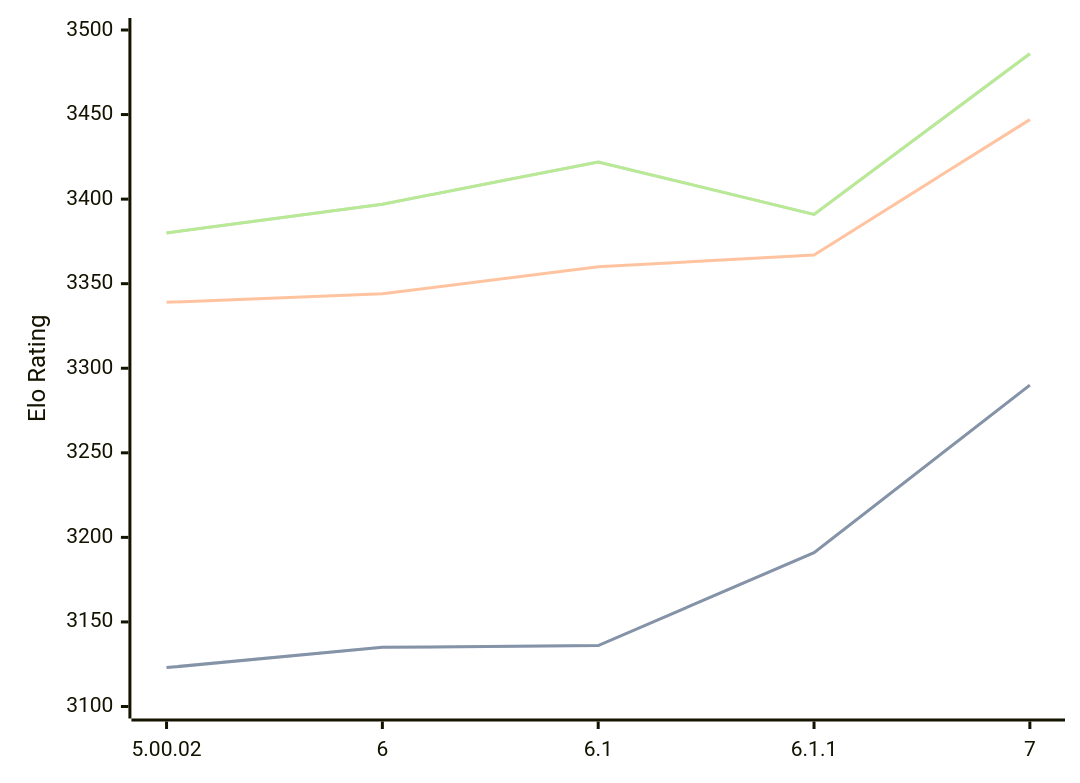
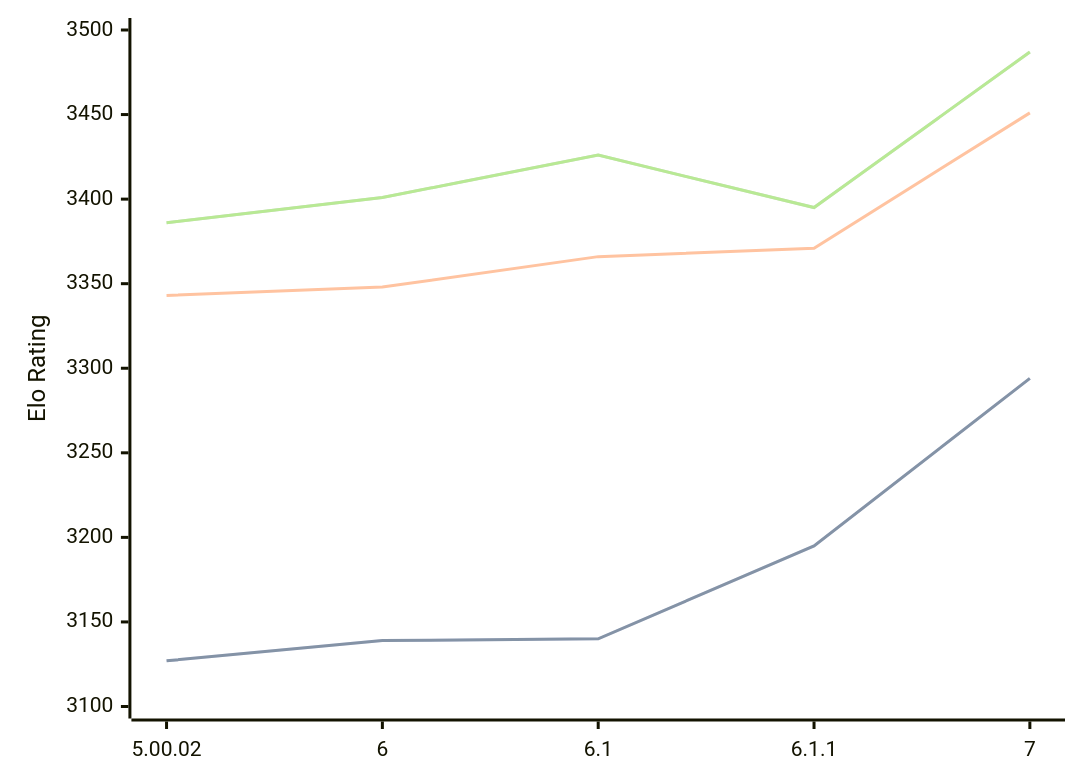
One commit to computer-chess-index/cci changed the diagram in engines/Zangdar.md. Above: the diagram before and after it, drawn with Mermaid. The commit also changed other lines of this file, not shown here.

Commit message:
Update CCI Ratings (ELO VLTC) - 2026-08-18

````diff
--- a/engines/Zangdar.md
+++ b/engines/Zangdar.md
@@ -35,11 +35,11 @@
 ```mermaid
 %%{init: {"theme":"base","themeVariables":{"seriesColors:['#a3a3a3','#222221','#faa371']}}}%%
 xychart-beta
   x-axis ["5.00.02", "6", "6.1", "6.1.1", "7"]
   y-axis "Elo Rating" 3100 --> 3500
-  line "STC (8.0+0.08s)" [3123, 3135, 3136, 3191, 3290]
-  line "STC (8.0+0.08s)" [3123, 3135, 3136, 3191, 3290]
-  line "LTC (60.0+0.60s)" [3339, 3344, 3360, 3367, 3447]
-  line "VLTC (2m24s+1.12s)" [3380, 3397, 3422, 3391, 3486]
-  line "VLTC (2m24s+1.12s)" [3380, 3397, 3422, 3391, 3486]
+  line "STC (8.0+0.08s)" [3127, 3139, 3140, 3195, 3294]
+  line "STC (8.0+0.08s)" [3127, 3139, 3140, 3195, 3294]
+  line "LTC (60.0+0.60s)" [3343, 3348, 3366, 3371, 3451]
+  line "VLTC (2m24s+1.12s)" [3386, 3401, 3426, 3395, 3487]
+  line "VLTC (2m24s+1.12s)" [3386, 3401, 3426, 3395, 3487]
 ```
````
